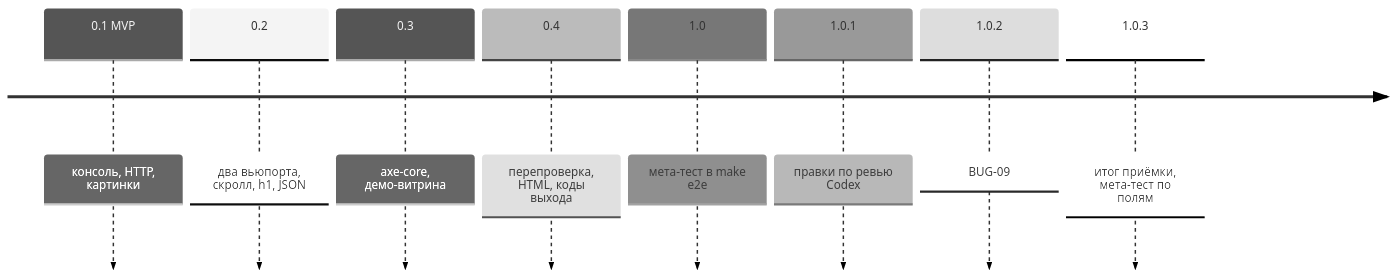
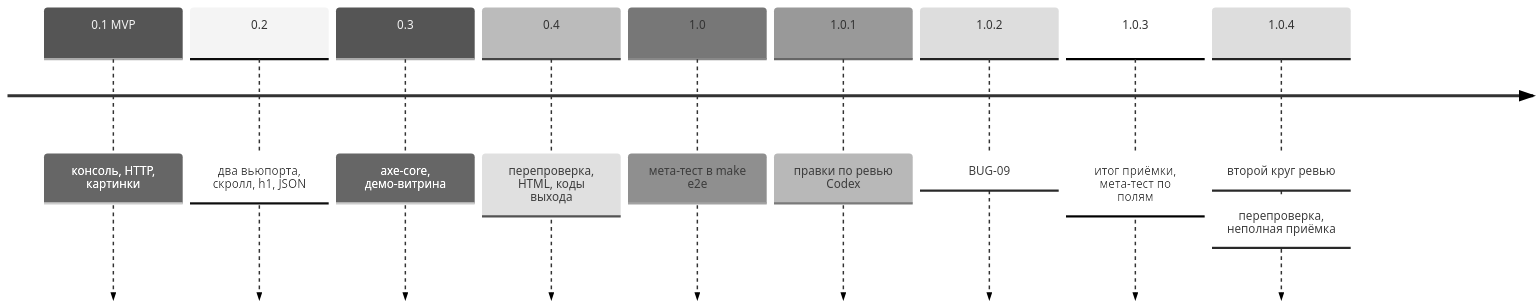
One commit to Georgy213123/shopprobe changed the diagram in docs/07-releases.md. Above: the diagram before and after it, drawn with Mermaid (neutral theme). The commit also changed 23 other files, not shown here.

````diff
--- a/docs/07-releases.md
+++ b/docs/07-releases.md
@@ -5,11 +5,12 @@
 ```mermaid
 timeline
   0.1 MVP : консоль, HTTP, картинки
   0.2 : два вьюпорта, скролл, h1, JSON
   0.3 : axe-core, демо-витрина
   0.4 : перепроверка, HTML, коды выхода
   1.0 : мета-тест в make e2e
   1.0.1 : правки по ревью Codex
   1.0.2 : BUG-09
   1.0.3 : итог приёмки, мета-тест по полям
+  1.0.4 : второй круг ревью: перепроверка, неполная приёмка
 ```
````
